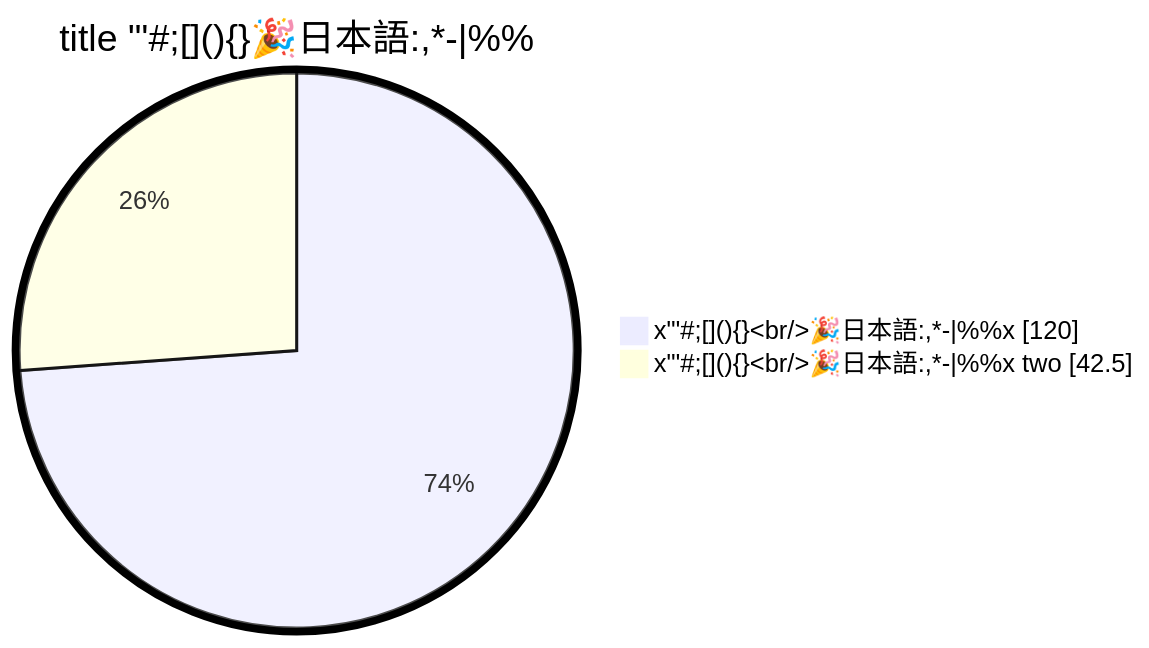
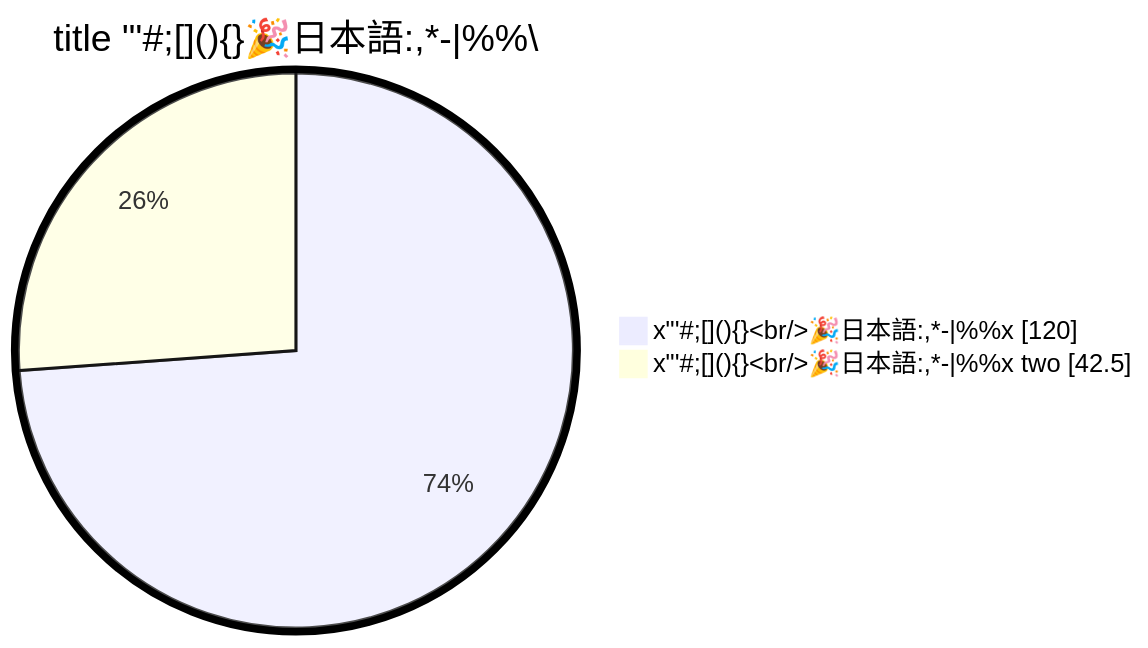
Before and after one commit to nao1215/markdown: the diagram in doc/edgecase/piechart.md, drawn with Mermaid. The commit also changed 18 other files, not shown here.

First line of the commit message:
test(edgecase): put every character through every diagram type (#172)

````diff
--- a/doc/edgecase/piechart.md
+++ b/doc/edgecase/piechart.md
@@ -5,7 +5,7 @@
 ```mermaid
 %%{init: {"pie": {"textPosition": 0.75}, "themeVariables": {"pieOuterStrokeWidth": "5px"}} }%%
 pie showData
-    title title "'#;[](){}🎉日本語:,*-|#37;#37;
-    "x#quot;'#;[](){}<br/>🎉日本語:,*-|%%x" : 120
-    "x#quot;'#;[](){}<br/>🎉日本語:,*-|%%x two" : 42.500000
+    title title "'#;[](){}🎉日本語:,*-|#37;#37;\
+    "x#quot;'#;[](){}<br/>🎉日本語:,*-|%%\x" : 120
+    "x#quot;'#;[](){}<br/>🎉日本語:,*-|%%\x two" : 42.500000
 ```
````
